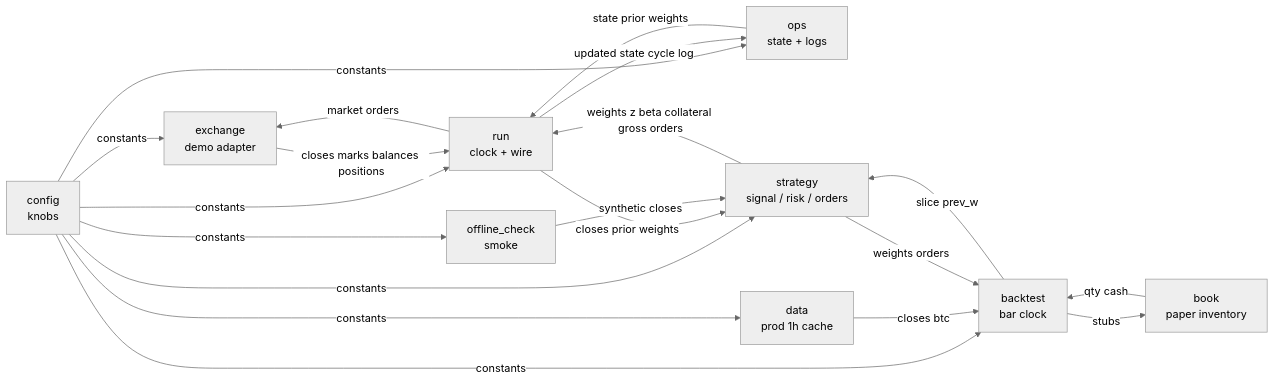
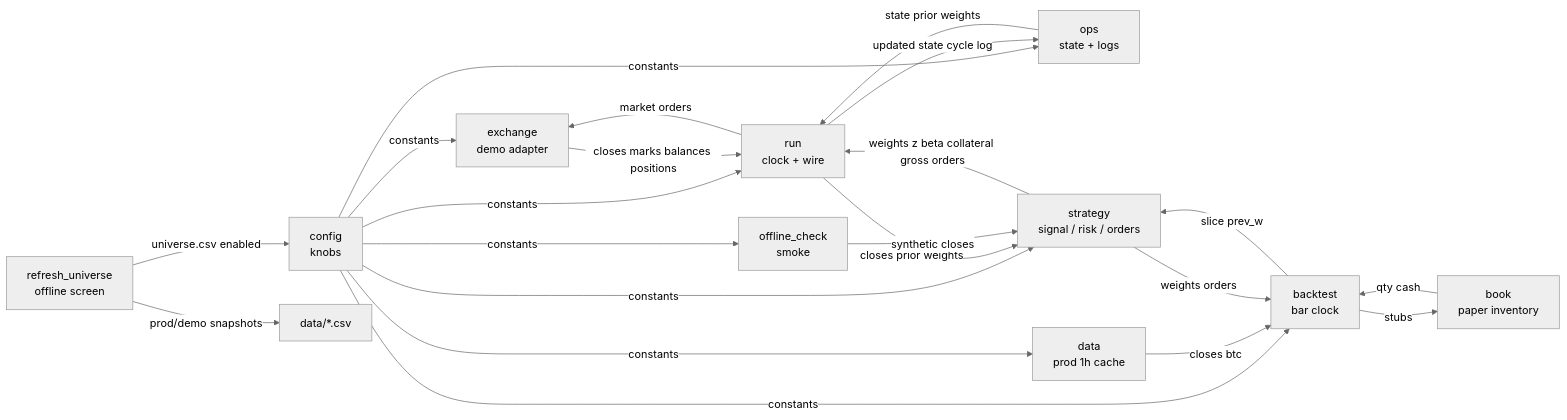
The first of 2 diagrams in docs/residual-trader.md (IsuruMahakumara/an-cszn-core), drawn with Mermaid (neutral theme) before and after one commit. The commit also changed other lines of this file and 13 other files, not shown here.

````diff
--- a/docs/residual-trader.md
+++ b/docs/residual-trader.md
@@ -9,32 +9,35 @@
 ```mermaid
 flowchart LR
   config["config<br/>knobs"]
   exchange["exchange<br/>demo adapter"]
   ops["ops<br/>state + logs"]
   strategy["strategy<br/>signal / risk / orders"]
   run["run<br/>clock + wire"]
   offline["offline_check<br/>smoke"]
   data["data<br/>prod 1h cache"]
   book["book<br/>paper inventory"]
   backtest["backtest<br/>bar clock"]
+  screen["refresh_universe<br/>offline screen"]
 
   config -->|constants| exchange
   config -->|constants| strategy
   config -->|constants| ops
   config -->|constants| run
   exchange -->|closes marks balances positions| run
   ops -->|state prior weights| run
   run -->|closes prior weights| strategy
   strategy -->|weights z beta collateral gross orders| run
   run -->|market orders| exchange
   run -->|updated state cycle log| ops
   config -->|constants| offline
   offline -->|synthetic closes| strategy
   config -->|constants| data
   config -->|constants| backtest
   data -->|closes btc| backtest
   backtest -->|slice prev_w| strategy
   strategy -->|weights orders| backtest
   backtest -->|stubs| book
   book -->|qty cash| backtest
+  screen -->|universe.csv enabled| config
+  screen -->|prod/demo snapshots| disk["data/*.csv"]
 ```
````
